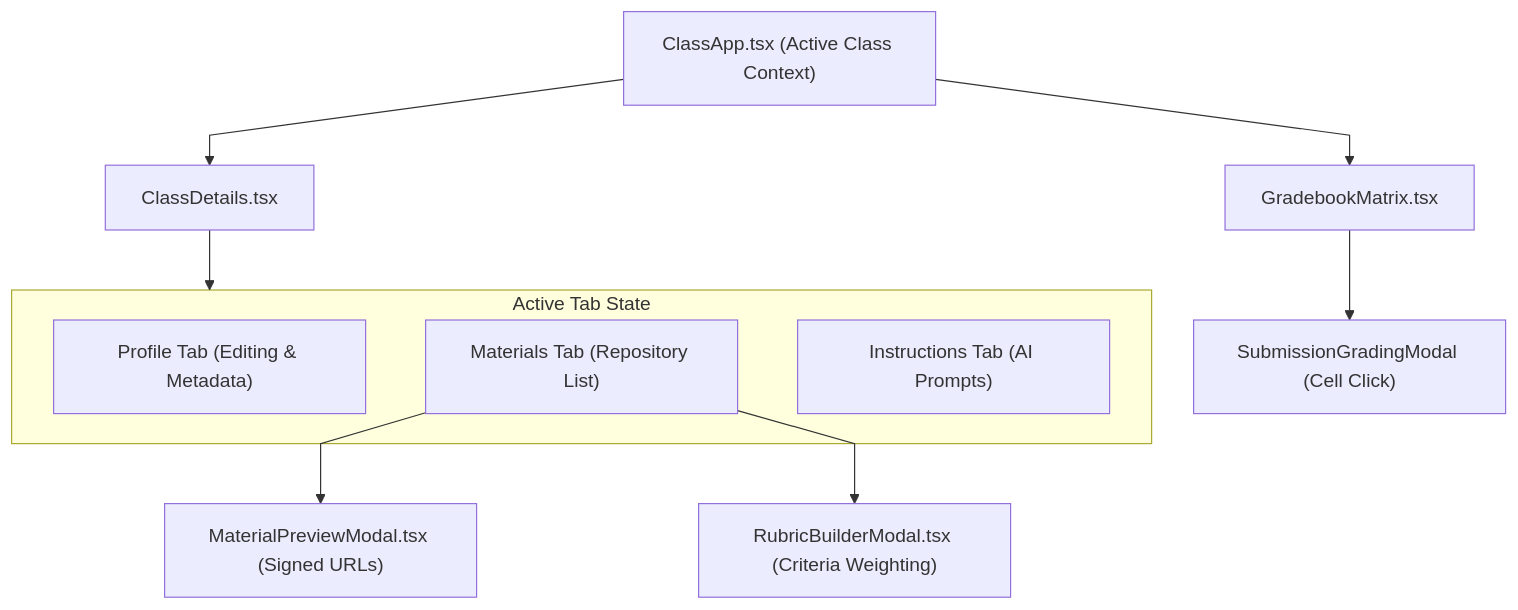
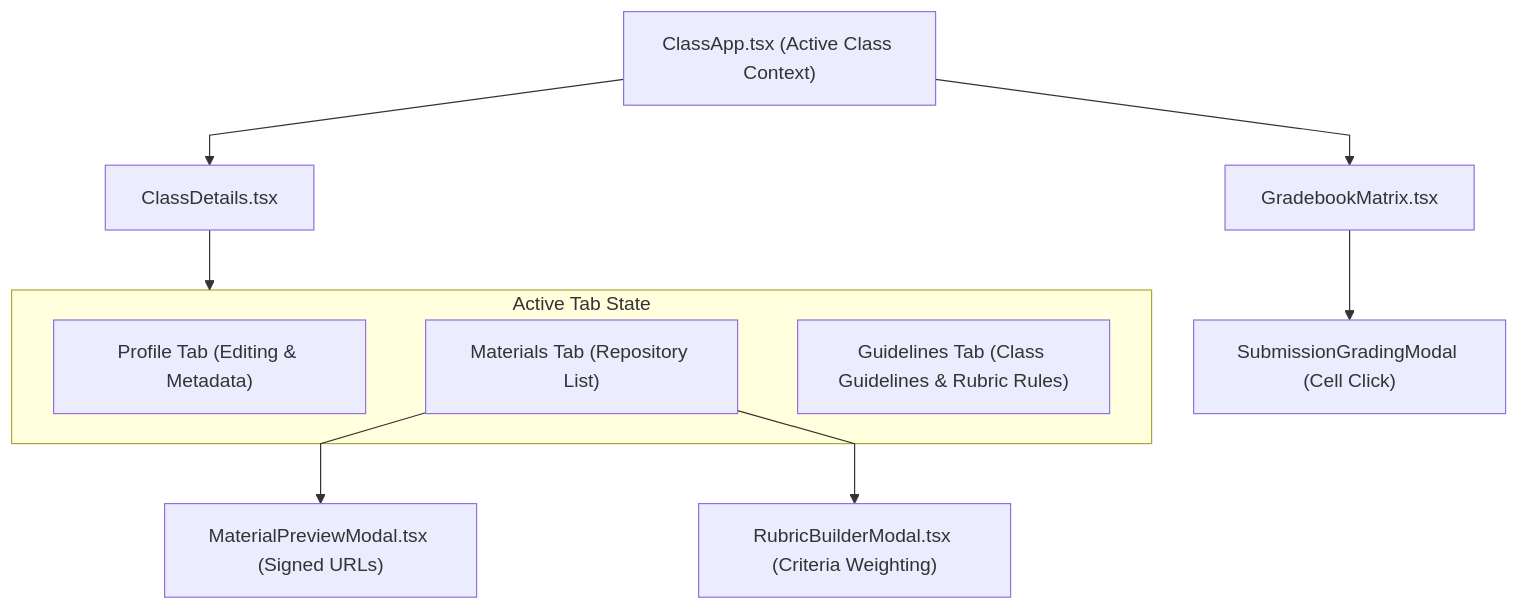
One commit to VictorBravo9er/Teacher-Assistant-Workspace changed the diagram in frontend/src/features/classroom/code.ARCH.md. Above: the diagram before and after it, drawn with Mermaid. The commit also changed 14 other files, not shown here.

````diff
--- a/frontend/src/features/classroom/code.ARCH.md
+++ b/frontend/src/features/classroom/code.ARCH.md
@@ -9,18 +9,18 @@
 ```mermaid
 %%{init: {'flowchart': {'curve': 'linear'}}}%%
 flowchart TD
     ClassApp["ClassApp.tsx (Active Class Context)"] --> ClassDetails["ClassDetails.tsx"]
     
     subgraph Tabs["Active Tab State"]
         Profile["Profile Tab (Editing & Metadata)"]
         Materials["Materials Tab (Repository List)"]
-        Instructions["Instructions Tab (AI Prompts)"]
+        Instructions["Guidelines Tab (Class Guidelines & Rubric Rules)"]
     end
 
     ClassDetails --> Tabs
     Materials --> PreviewModal["MaterialPreviewModal.tsx (Signed URLs)"]
     Materials --> RubricBuilder["RubricBuilderModal.tsx (Criteria Weighting)"]
     
     ClassApp --> Gradebook["GradebookMatrix.tsx"]
     Gradebook --> SubmissionGrading["SubmissionGradingModal (Cell Click)"]
 ```
````
